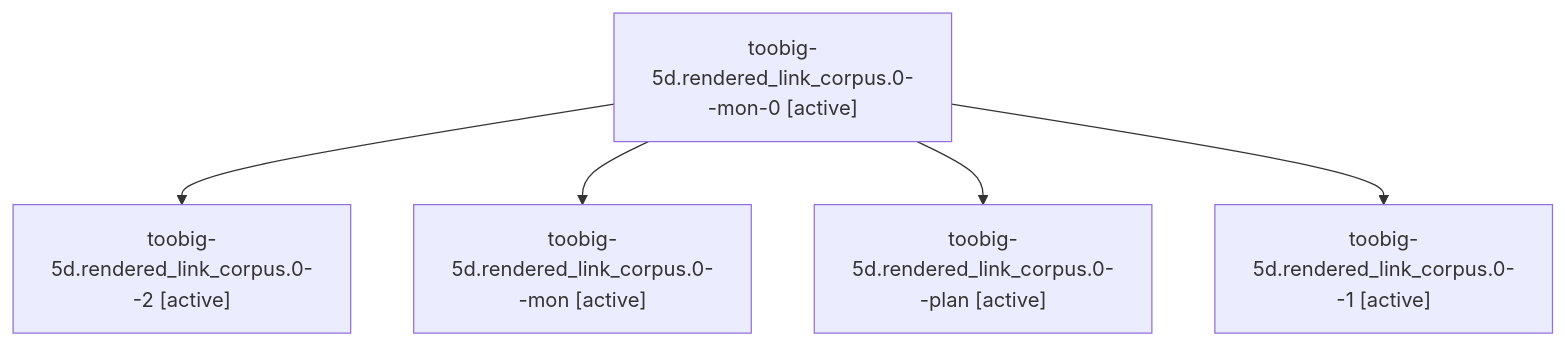
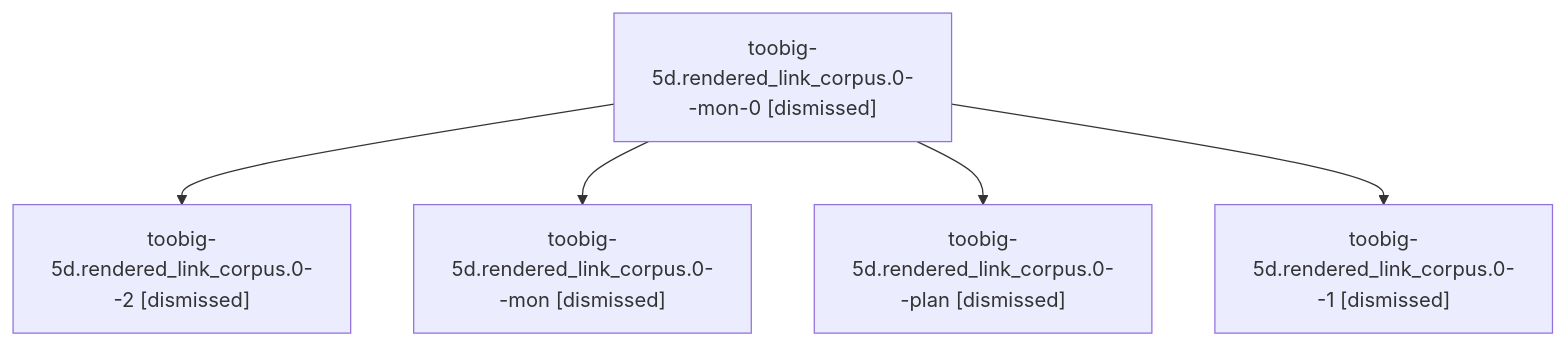
The diagram in sessions/bbugyi200.athena.toobig-5d.rendered_link_corpus.0.md (sase-org/sase--agents), drawn with Mermaid before and after one commit. The commit also changed other lines of this file and 99 other files, not shown here.

````diff
--- a/sessions/bbugyi200.athena.toobig-5d.rendered_link_corpus.0.md
+++ b/sessions/bbugyi200.athena.toobig-5d.rendered_link_corpus.0.md
@@ -9,12 +9,12 @@
 ```mermaid
 flowchart TD
-  n0["toobig-5d.rendered_link_corpus.0--mon-0 [active]"]
-  n1["toobig-5d.rendered_link_corpus.0--2 [active]"]
+  n0["toobig-5d.rendered_link_corpus.0--mon-0 [dismissed]"]
+  n1["toobig-5d.rendered_link_corpus.0--2 [dismissed]"]
   n0 --> n1
-  n2["toobig-5d.rendered_link_corpus.0--mon [active]"]
+  n2["toobig-5d.rendered_link_corpus.0--mon [dismissed]"]
   n0 --> n2
-  n3["toobig-5d.rendered_link_corpus.0--plan [active]"]
+  n3["toobig-5d.rendered_link_corpus.0--plan [dismissed]"]
   n0 --> n3
-  n4["toobig-5d.rendered_link_corpus.0--1 [active]"]
+  n4["toobig-5d.rendered_link_corpus.0--1 [dismissed]"]
   n0 --> n4
 ```
````
